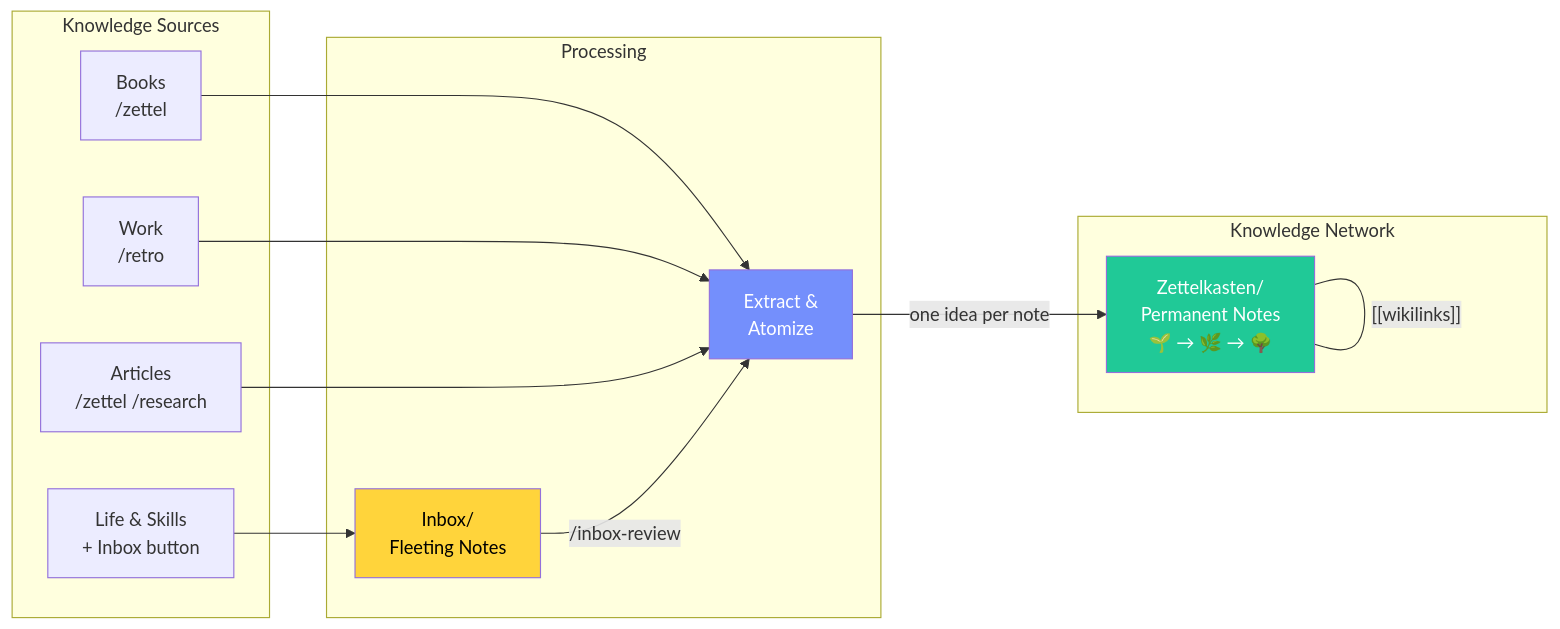
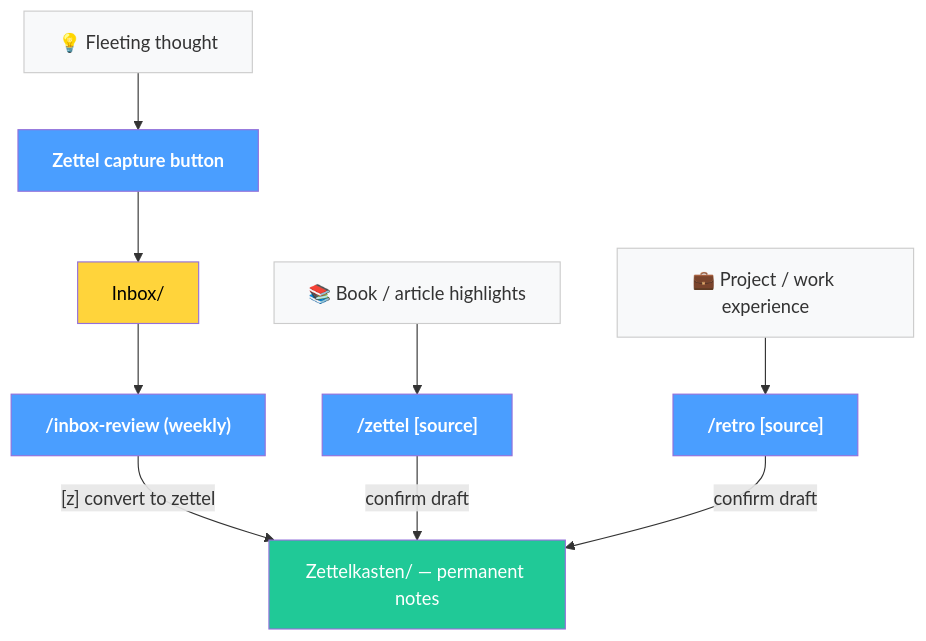
The third of 4 diagrams in README.md (yepengfan/obsidian-workflow), drawn with Mermaid before and after one commit. The commit also changed other lines of this file and 2 other files, not shown here.

Commit message:
Update README: philosophy section, use-case diagrams, remove deprecated commands (#16)
* Update README with philosophy section and use-case diagrams; remove deprecated commands

- Add Philosophy section covering Second Brain and Zettelkasten foundations
- Replace Knowledge Flow diagrams with use-case centered entry paths + lifecycle diagrams
- Remove /connections and /sync-summaries commands (Book Summaries folder deprecated)

* Fix diagram parameter labels and trailing blank line in README

- /zettel source → /zettel [source], /retro source → /retro [source]
- Remove trailing blank line after Vault Maintenance table

---------

````diff
--- a/README.md
+++ b/README.md
@@ -113,30 +123,27 @@
 ```mermaid
-graph LR
-    subgraph Input["Knowledge Sources"]
-        B["Books<br/>/zettel"]
-        W["Work<br/>/retro"]
-        L["Life & Skills<br/>+ Inbox button"]
-        A["Articles<br/>/zettel /research"]
-    end
+flowchart TD
+    classDef cmd fill:#4a9eff,color:#fff,font-weight:bold
+    classDef store fill:#20c997,color:#fff
+    classDef inbox fill:#ffd43b,color:#000
+    classDef source fill:#f8f9fa,color:#333,stroke:#ccc
 
-    subgraph Process["Processing"]
-        INBOX["Inbox/<br/>Fleeting Notes"]
-        EXTRACT["Extract &<br/>Atomize"]
-    end
+    THOUGHT["💡 Fleeting thought"]:::source
+    BOOK["📚 Book / article highlights"]:::source
+    WORK_EXP["💼 Project / work experience"]:::source
 
-    subgraph Output["Knowledge Network"]
-        ZK["Zettelkasten/<br/>Permanent Notes<br/>🌱 → 🌿 → 🌳"]
-    end
+    BTN["Zettel capture button"]:::cmd
+    INBOX["Inbox/"]:::inbox
+    IR["/inbox-review (weekly)"]:::cmd
+    ZT["/zettel [source]"]:::cmd
+    RT["/retro [source]"]:::cmd
 
-    B --> EXTRACT
-    W --> EXTRACT
-    A --> EXTRACT
-    L --> INBOX
-    INBOX -->|"/inbox-review"| EXTRACT
-    EXTRACT -->|one idea per note| ZK
-    ZK ---|"[[wikilinks]]"| ZK
+    ZK["Zettelkasten/ — permanent notes"]:::store
 
-    style INBOX fill:#ffd43b,color:#000
-    style ZK fill:#20c997,color:#fff
-    style EXTRACT fill:#748ffc,color:#fff
+    THOUGHT --> BTN --> INBOX --> IR
+    BOOK --> ZT
+    WORK_EXP --> RT
+
+    IR -->|"[z] convert to zettel"| ZK
+    ZT -->|"confirm draft"| ZK
+    RT -->|"confirm draft"| ZK
 ```
````
